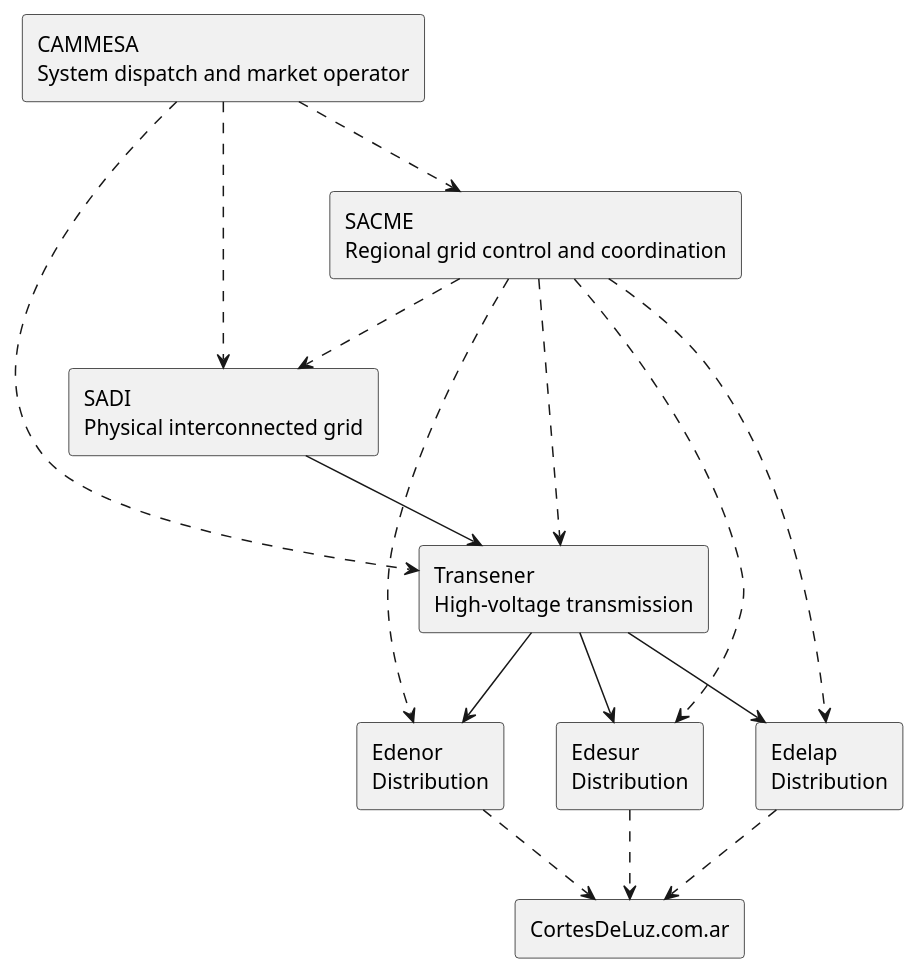
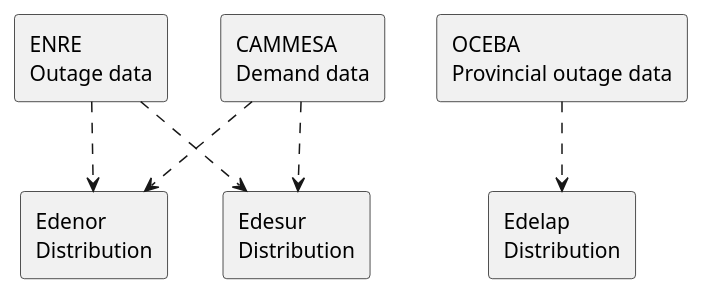
Before and after one commit to fchurca/tupa: the diagram in diagram.pu, drawn with PlantUML. The commit also changed other lines of this file and 23 other files, not shown here.

First line of the commit message:
v0.6.11: implement Edelap via OCEBA and cut overengineering

```diff
--- a/diagram.pu
+++ b/diagram.pu
@@ -1,45 +1,18 @@
 @startuml
-' Work in progress: not all sources are yet implemented.
-' Relationships read provider ---> consumer or controller ...> controlled.
 top to bottom direction
 skinparam shadowing false
 
-
-rectangle "CAMMESA\nSystem dispatch and market operator" as CAMMESA
-rectangle "SADI\nPhysical interconnected grid" as SADI
-rectangle "Transener\nHigh-voltage transmission" as TRANSENER
+rectangle "ENRE\nOutage data" as ENRE
+rectangle "CAMMESA\nDemand data" as CAMMESA
+rectangle "OCEBA\nProvincial outage data" as OCEBA
 
 rectangle "Edenor\nDistribution" as EDENOR
 rectangle "Edesur\nDistribution" as EDESUR
 rectangle "Edelap\nDistribution" as EDELAP
 
-rectangle "SACME\nRegional grid control and coordination" as SACME
-rectangle "CortesDeLuz.com.ar" as CDL
-
-
-' Power delivery dependencies
-SADI --> TRANSENER
-TRANSENER --> EDENOR
-TRANSENER --> EDESUR
-TRANSENER --> EDELAP
-
-' National operational coordination
-CAMMESA ..> SADI
-CAMMESA ..> TRANSENER
-CAMMESA ..> SACME
-
-' Regional operational coordination
-SACME ..> SADI
-SACME ..> TRANSENER
-SACME ..> EDENOR
-SACME ..> EDESUR
-SACME ..> EDELAP
-
-
-' Independent data aggregation
-EDENOR ..> CDL
-EDESUR ..> CDL
-EDELAP ..> CDL
-
-
+ENRE ..> EDENOR
+ENRE ..> EDESUR
+CAMMESA ..> EDENOR
+CAMMESA ..> EDESUR
+OCEBA ..> EDELAP
 @enduml
```
